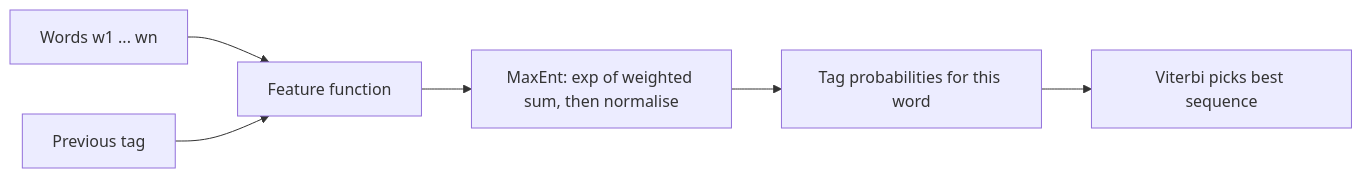
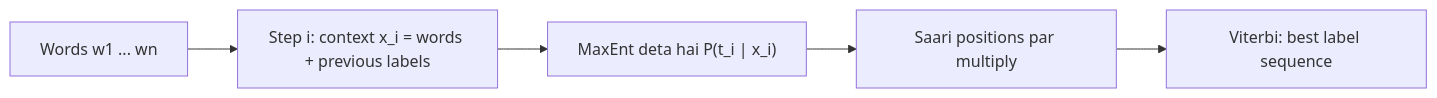
The diagram in content/natural-language-processing/pyq/2024-12-ce/q6b.hi.mdx (TrendySloth1001/sem-seven-notes), drawn with Mermaid before and after one commit. The commit also changed other lines of this file and 406 other files, not shown here.

````diff
--- a/content/natural-language-processing/pyq/2024-12-ce/q6b.hi.mdx
+++ b/content/natural-language-processing/pyq/2024-12-ce/q6b.hi.mdx
@@ -34,9 +28,8 @@
 ```mermaid
-%% caption: MEMM mein har tag words aur pichle tag se predict hota hai; Viterbi poora best sequence dhundhta hai.
+%% caption: MEMM labelling: har step words aur pichhle label se predict karta hai, phir Viterbi best sequence chunta hai.
 flowchart LR
-  W["Words w1 ... wn"] --> F["Feature function"]
-  T0["Previous tag"] --> F
-  F --> M["MaxEnt: exp of weighted sum, then normalise"]
-  M --> T1["Tag probabilities for this word"]
-  T1 --> V["Viterbi picks best sequence"]
+  A["Words w1 ... wn"] --> B["Step i: context x_i = words + previous labels"]
+  B --> C["MaxEnt deta hai P(t_i | x_i)"]
+  C --> D["Saari positions par multiply"]
+  D --> E["Viterbi: best label sequence"]
 ```
````
